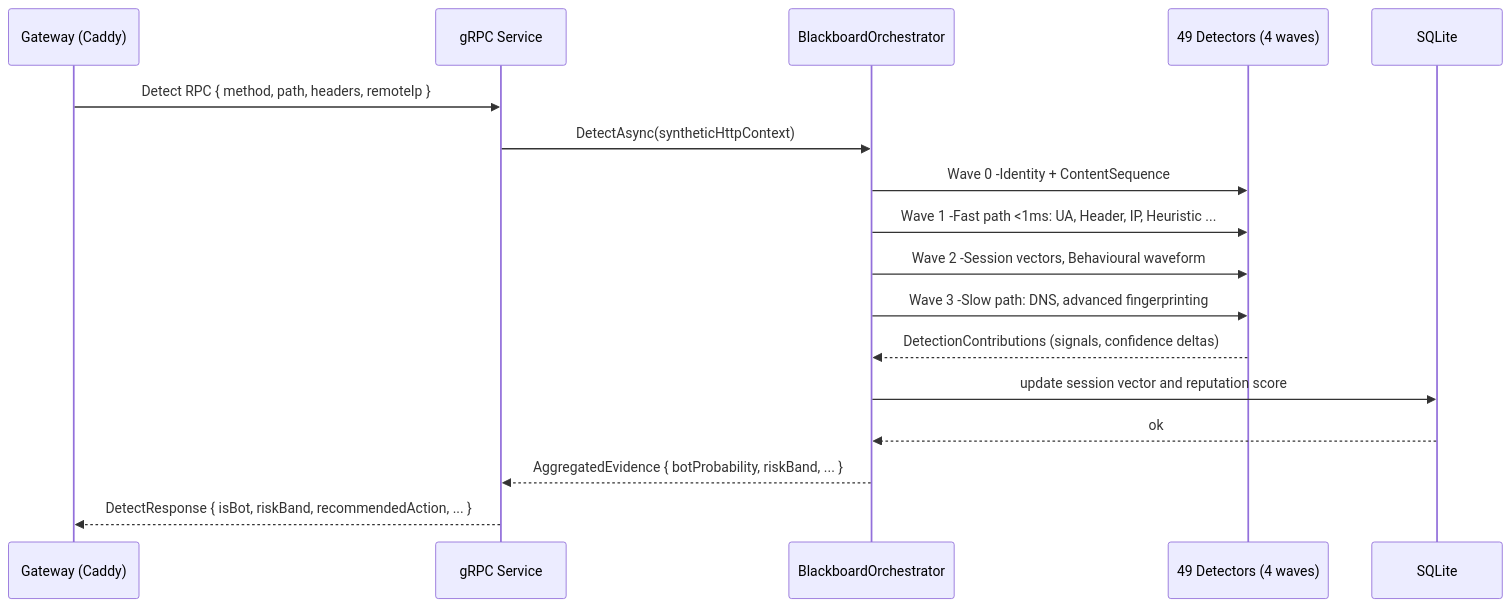
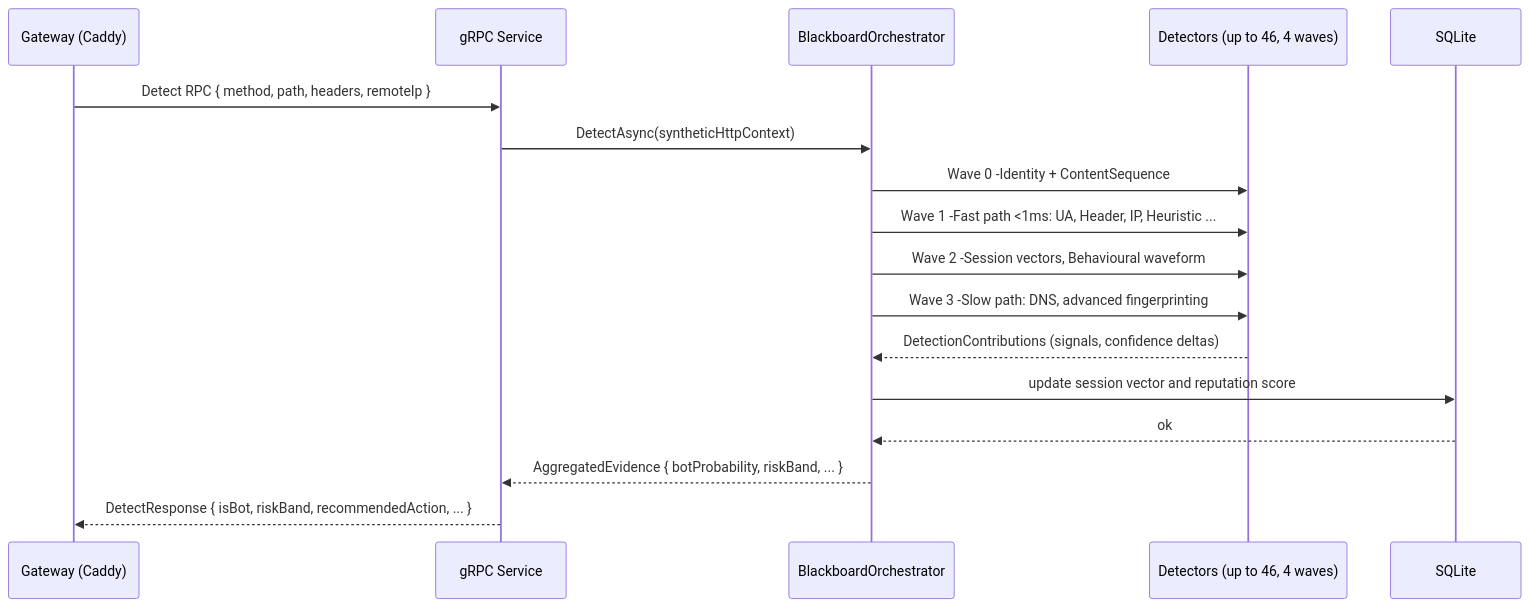
Before and after one commit to scottgal/stylobot: the second of 4 diagrams in docs/articles/sidecar-architecture.md, drawn with Mermaid. The commit also changed other lines of this file and 2 other files, not shown here.

````diff
--- a/docs/articles/sidecar-architecture.md
+++ b/docs/articles/sidecar-architecture.md
@@ -86,20 +94,20 @@
 ```mermaid
 sequenceDiagram
     participant GW as Gateway (Caddy)
     participant SD as gRPC Service
     participant ORC as BlackboardOrchestrator
-    participant DET as 49 Detectors (4 waves)
+    participant DET as Detectors (up to 46, 4 waves)
     participant DB as SQLite
 
     GW->>SD: Detect RPC { method, path, headers, remoteIp }
     SD->>ORC: DetectAsync(syntheticHttpContext)
     ORC->>DET: Wave 0 -Identity + ContentSequence
     ORC->>DET: Wave 1 -Fast path <1ms: UA, Header, IP, Heuristic ...
     ORC->>DET: Wave 2 -Session vectors, Behavioural waveform
     ORC->>DET: Wave 3 -Slow path: DNS, advanced fingerprinting
     DET-->>ORC: DetectionContributions (signals, confidence deltas)
     ORC->>DB: update session vector and reputation score
     DB-->>ORC: ok
     ORC-->>SD: AggregatedEvidence { botProbability, riskBand, ... }
     SD-->>GW: DetectResponse { isBot, riskBand, recommendedAction, ... }
 ```
````
